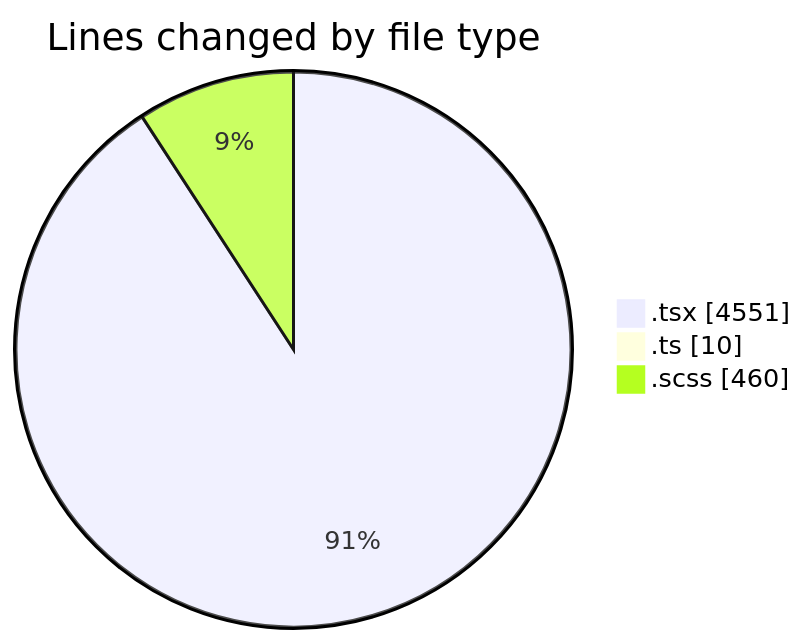
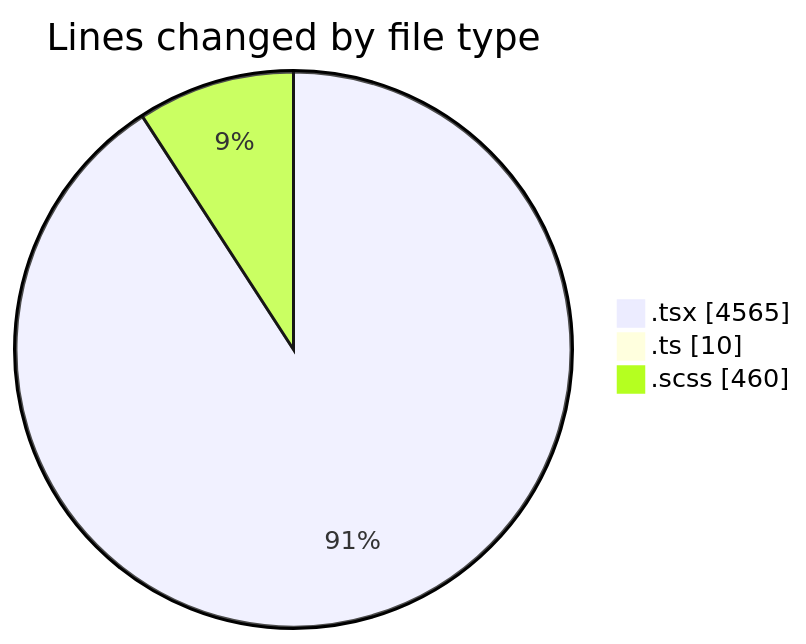
Before and after one commit to momahboobian/code-tracking: the first of 2 diagrams in 2025-11-17/cda/README.md, drawn with Mermaid. The commit also changed other lines of this file and 1 other file, not shown here.

````diff
--- a/2025-11-17/cda/README.md
+++ b/2025-11-17/cda/README.md
@@ -30,7 +30,7 @@
 ```mermaid
 pie showData
 title Lines changed by file type
-".tsx" : 4551
+".tsx" : 4565
 ".ts" : 10
 ".scss" : 460
 ```
````
